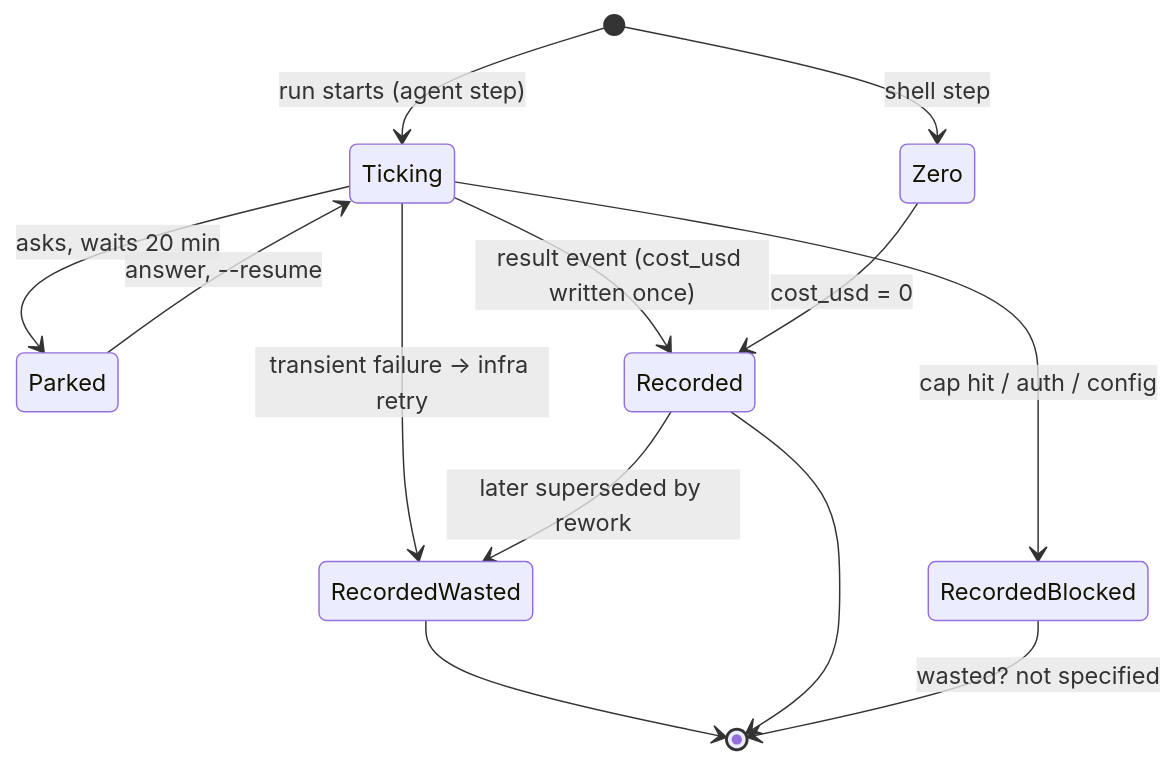
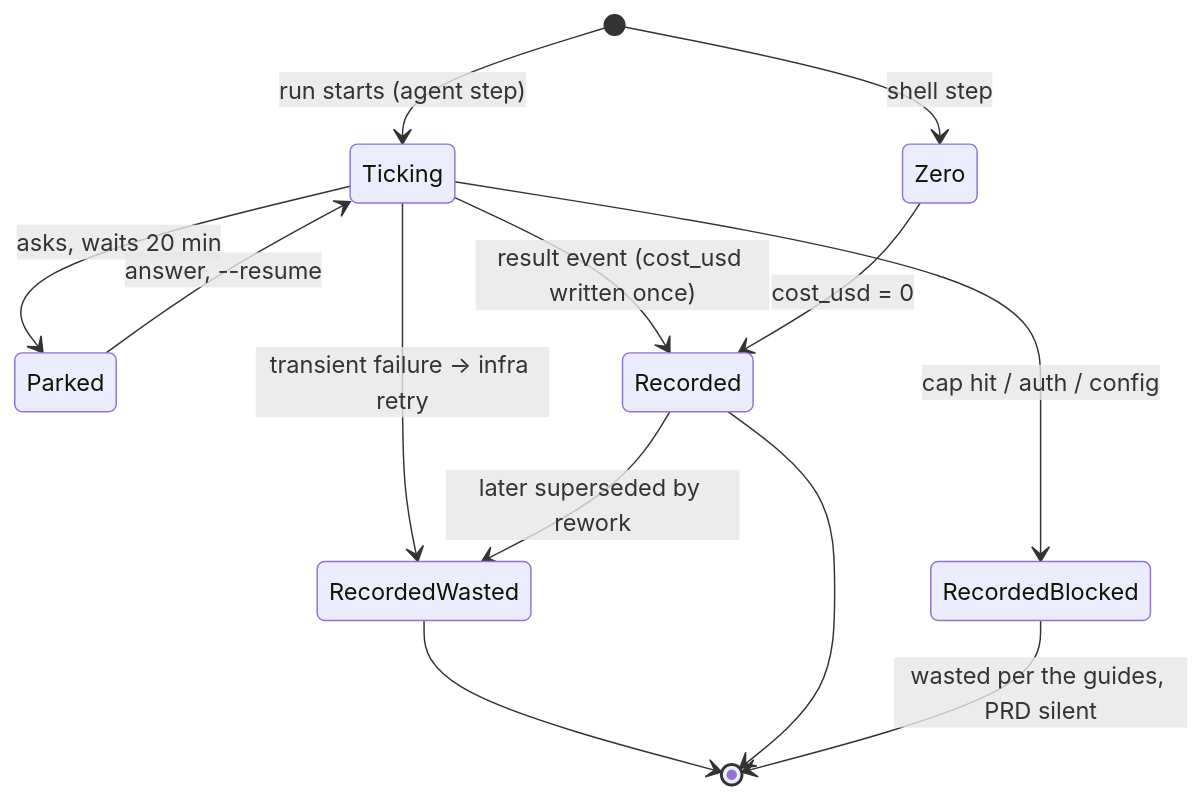
One commit to ClearCloudSoftware/flowboard changed the diagram in docs/FlowBoard/Cost And Control/Cost Accounting Rules.md. Above: the diagram before and after it, drawn with Mermaid. The commit also changed other lines of this file and 19 other files, not shown here.

````diff
--- a/docs/FlowBoard/Cost And Control/Cost Accounting Rules.md
+++ b/docs/FlowBoard/Cost And Control/Cost Accounting Rules.md
@@ -60,15 +60,15 @@
 ```mermaid
 stateDiagram-v2
   [*] --> Ticking: run starts (agent step)
   [*] --> Zero: shell step
   Ticking --> Parked: asks, waits 20 min
   Parked --> Ticking: answer, --resume
   Ticking --> Recorded: result event (cost_usd written once)
   Ticking --> RecordedWasted: transient failure → infra retry
   Ticking --> RecordedBlocked: cap hit / auth / config
   Recorded --> RecordedWasted: later superseded by rework
   Zero --> Recorded: cost_usd = 0
   RecordedWasted --> [*]
   Recorded --> [*]
-  RecordedBlocked --> [*]: wasted? not specified
+  RecordedBlocked --> [*]: wasted per the guides, PRD silent
 ```
````
